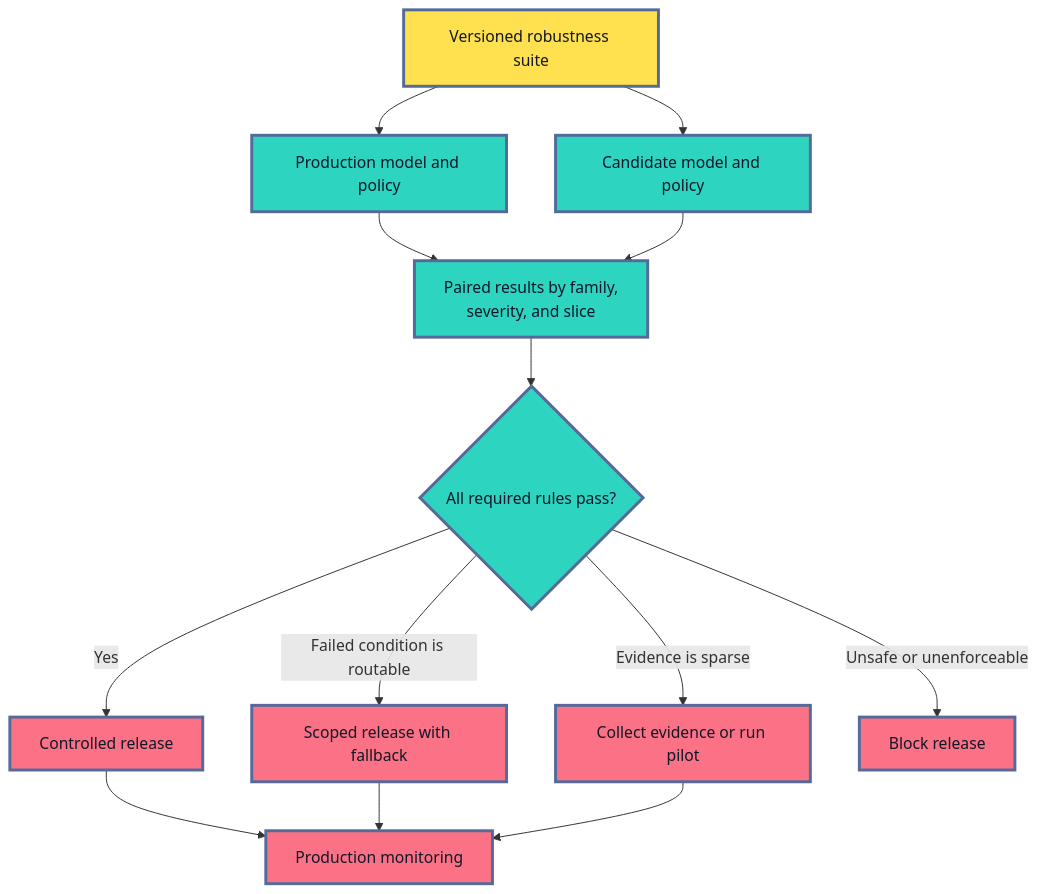
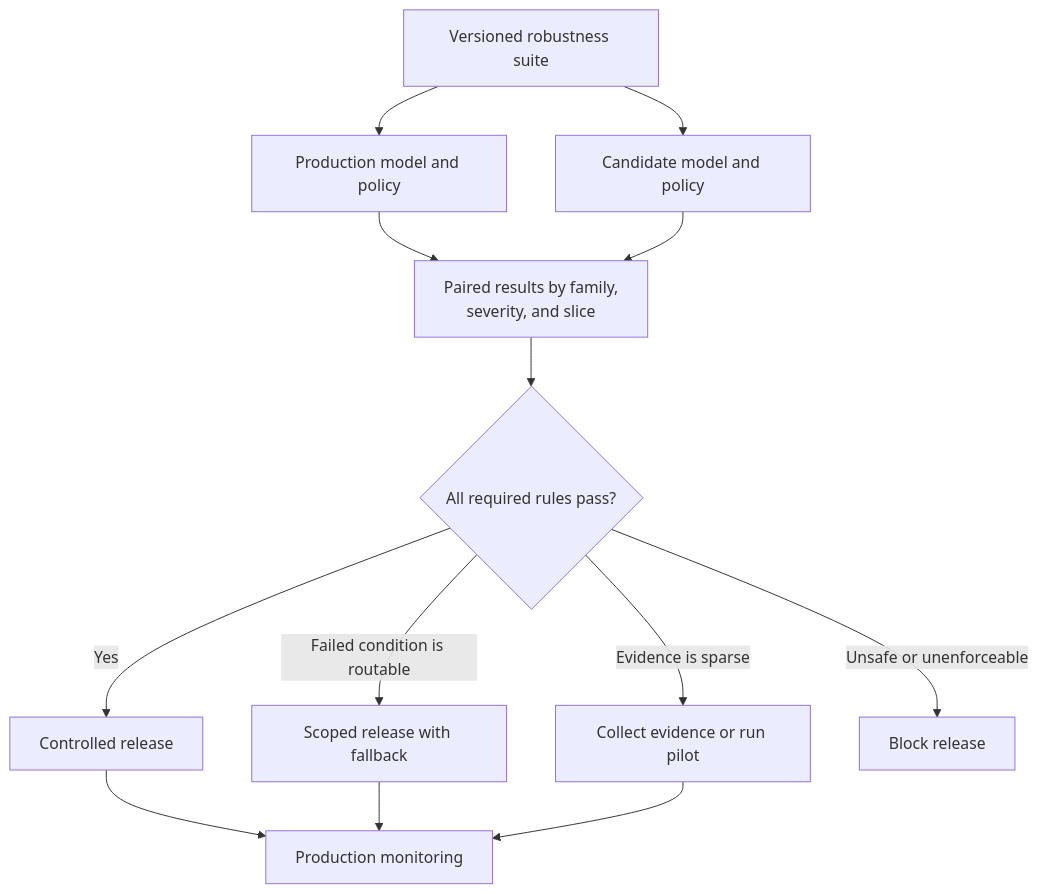
One commit to senlinyy/dev-roadmaps changed diagram 11 of 12 in roadmaps/mlops/modules/model-evaluation/production-readiness/03-robustness-testing-before-release.md. Above: the diagram before and after it, drawn with Mermaid. The commit also changed other lines of this file and 152 other files, not shown here.

Commit message:
feat: mlops and diagrams updated

````diff
--- a/roadmaps/mlops/modules/model-evaluation/production-readiness/03-robustness-testing-before-release.md
+++ b/roadmaps/mlops/modules/model-evaluation/production-readiness/03-robustness-testing-before-release.md
@@ -759,22 +721,19 @@
 ```mermaid
 flowchart TD
     A["Versioned robustness suite"] --> B["Production model and policy"]
     A --> C["Candidate model and policy"]
     B --> D["Paired results by family,<br/>severity, and slice"]
     C --> D
     D --> E{"All required rules pass?"}
     E -->|"Yes"| F["Controlled release"]
     E -->|"Failed condition is routable"| G["Scoped release with fallback"]
     E -->|"Evidence is sparse"| H["Collect evidence or run pilot"]
     E -->|"Unsafe or unenforceable"| I["Block release"]
     F --> J["Production monitoring"]
     G --> J
     H --> J
 
-    classDef suite fill:#FFE04F,stroke:#536A9A,stroke-width:3px,color:#111827
-    classDef compare fill:#2DD4BF,stroke:#536A9A,stroke-width:3px,color:#0F172A
-    classDef decision fill:#FB7185,stroke:#536A9A,stroke-width:3px,color:#111827
     class A suite
     class B,C,D,E compare
     class F,G,H,I,J decision
 ```
````
